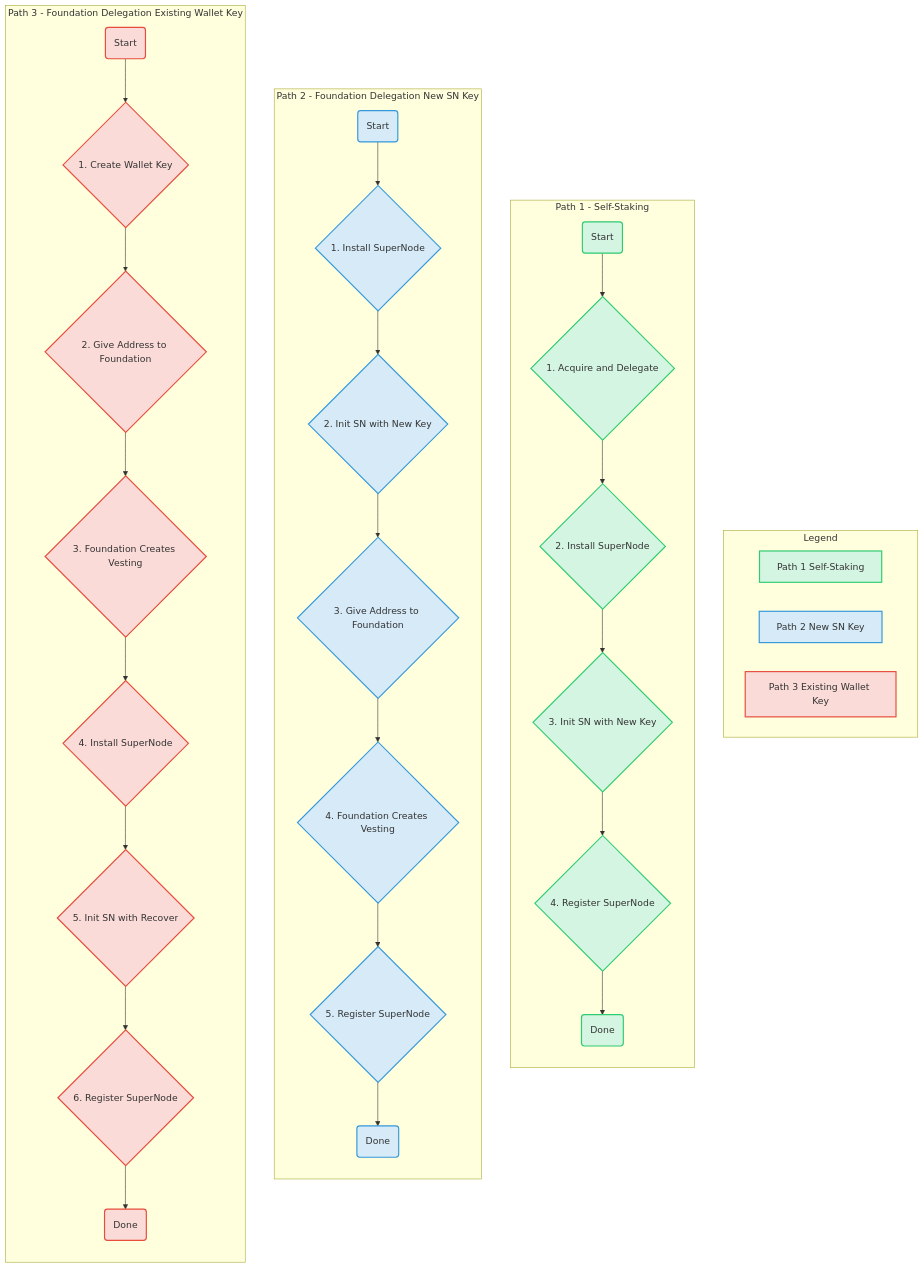
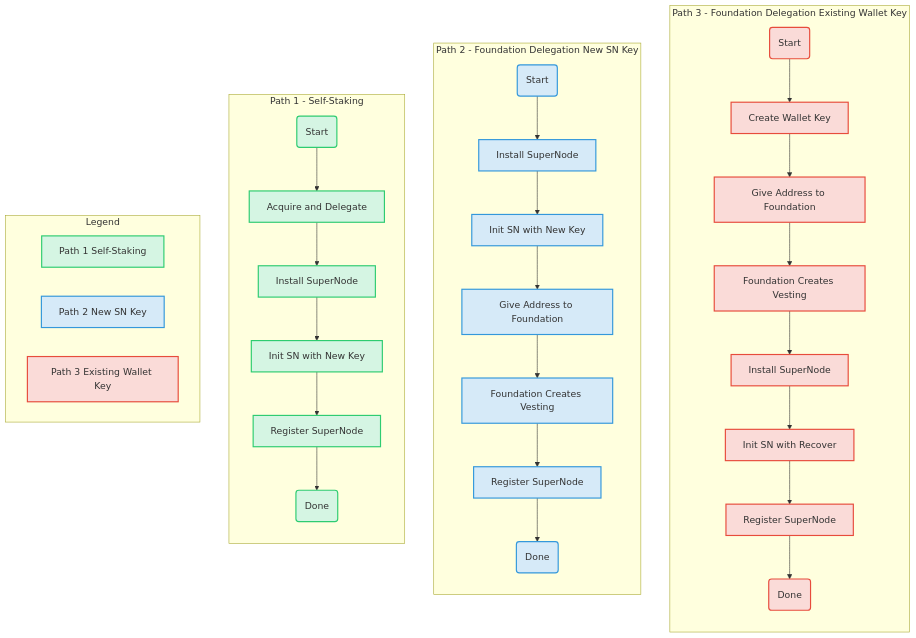
One commit to molla202/lumera-networks changed the diagram in docs/SUPERNODE_GUIDE.md. Above: the diagram before and after it, drawn with Mermaid.

Commit message:
update SN guide

````diff
--- a/docs/SUPERNODE_GUIDE.md
+++ b/docs/SUPERNODE_GUIDE.md
@@ -15,47 +15,47 @@
 ```mermaid
 graph TD
+    subgraph "Path 3 - Foundation Delegation Existing Wallet Key"
+        direction TB
+        P3_Start(Start) --> P3_Step1[Create Wallet Key];
+        P3_Step1 --> P3_Step2[Give Address to Foundation];
+        P3_Step2 --> P3_Step3[Foundation Creates Vesting];
+        P3_Step3 --> P3_Step4[Install SuperNode];
+        P3_Step4 --> P3_Step5[Init SN with Recover];
+        P3_Step5 --> P3_Step6[Register SuperNode];
+        P3_Step6 --> P3_End(Done);
+    end
+
+    subgraph "Path 2 - Foundation Delegation New SN Key"
+        direction TB
+        P2_Start(Start) --> P2_Step1[Install SuperNode];
+        P2_Step1 --> P2_Step2[Init SN with New Key];
+        P2_Step2 --> P2_Step3[Give Address to Foundation];
+        P2_Step3 --> P2_Step4[Foundation Creates Vesting];
+        P2_Step4 --> P2_Step5[Register SuperNode];
+        P2_Step5 --> P2_End(Done);
+    end
+
+    subgraph "Path 1 - Self-Staking"
+        direction TB
+        P1_Start(Start) --> P1_Step1[Acquire and Delegate];
+        P1_Step1 --> P1_Step2[Install SuperNode];
+        P1_Step2 --> P1_Step3[Init SN with New Key];
+        P1_Step3 --> P1_Step4[Register SuperNode];
+        P1_Step4 --> P1_End(Done);
+    end
+
     subgraph Legend
         direction LR
         A1[Path 1 Self-Staking]:::path1Style
         A2[Path 2 New SN Key]:::path2Style
         A3[Path 3 Existing Wallet Key]:::path3Style
-    end
-
-    subgraph "Path 1 - Self-Staking"
-        direction TB
-        P1_Start(Start) --> P1_Step1{1. Acquire and Delegate};
-        P1_Step1 --> P1_Step2{2. Install SuperNode};
-        P1_Step2 --> P1_Step3{3. Init SN with New Key};
-        P1_Step3 --> P1_Step4{4. Register SuperNode};
-        P1_Step4 --> P1_End(Done);
-    end
-
-    subgraph "Path 2 - Foundation Delegation New SN Key"
-        direction TB
-        P2_Start(Start) --> P2_Step1{1. Install SuperNode};
-        P2_Step1 --> P2_Step2{2. Init SN with New Key};
-        P2_Step2 --> P2_Step3{3. Give Address to Foundation};
-        P2_Step3 --> P2_Step4{4. Foundation Creates Vesting};
-        P2_Step4 --> P2_Step5{5. Register SuperNode};
-        P2_Step5 --> P2_End(Done);
-    end
-
-    subgraph "Path 3 - Foundation Delegation Existing Wallet Key"
-        direction TB
-        P3_Start(Start) --> P3_Step1{1. Create Wallet Key};
-        P3_Step1 --> P3_Step2{2. Give Address to Foundation};
-        P3_Step2 --> P3_Step3{3. Foundation Creates Vesting};
-        P3_Step3 --> P3_Step4{4. Install SuperNode};
-        P3_Step4 --> P3_Step5{5. Init SN with Recover};
-        P3_Step5 --> P3_Step6{6. Register SuperNode};
-        P3_Step6 --> P3_End(Done);
     end
 
     classDef path1Style fill:#D5F5E3,stroke:#2ECC71,stroke-width:2px;
     classDef path2Style fill:#D6EAF8,stroke:#3498DB,stroke-width:2px;
     classDef path3Style fill:#FADBD8,stroke:#E74C3C,stroke-width:2px;
 
     class P1_Start,P1_Step1,P1_Step2,P1_Step3,P1_Step4,P1_End path1Style;
     class P2_Start,P2_Step1,P2_Step2,P2_Step3,P2_Step4,P2_Step5,P2_End path2Style;
     class P3_Start,P3_Step1,P3_Step2,P3_Step3,P3_Step4,P3_Step5,P3_Step6,P3_End path3Style;
 ```
````
